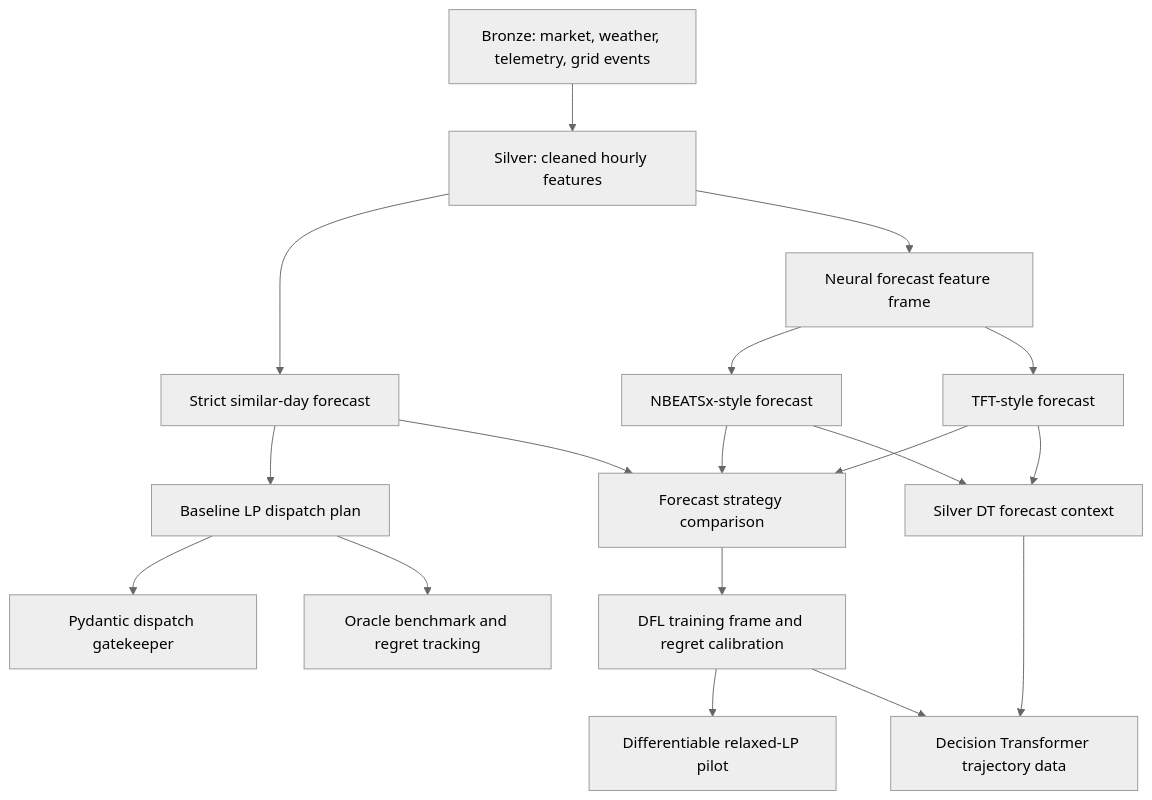
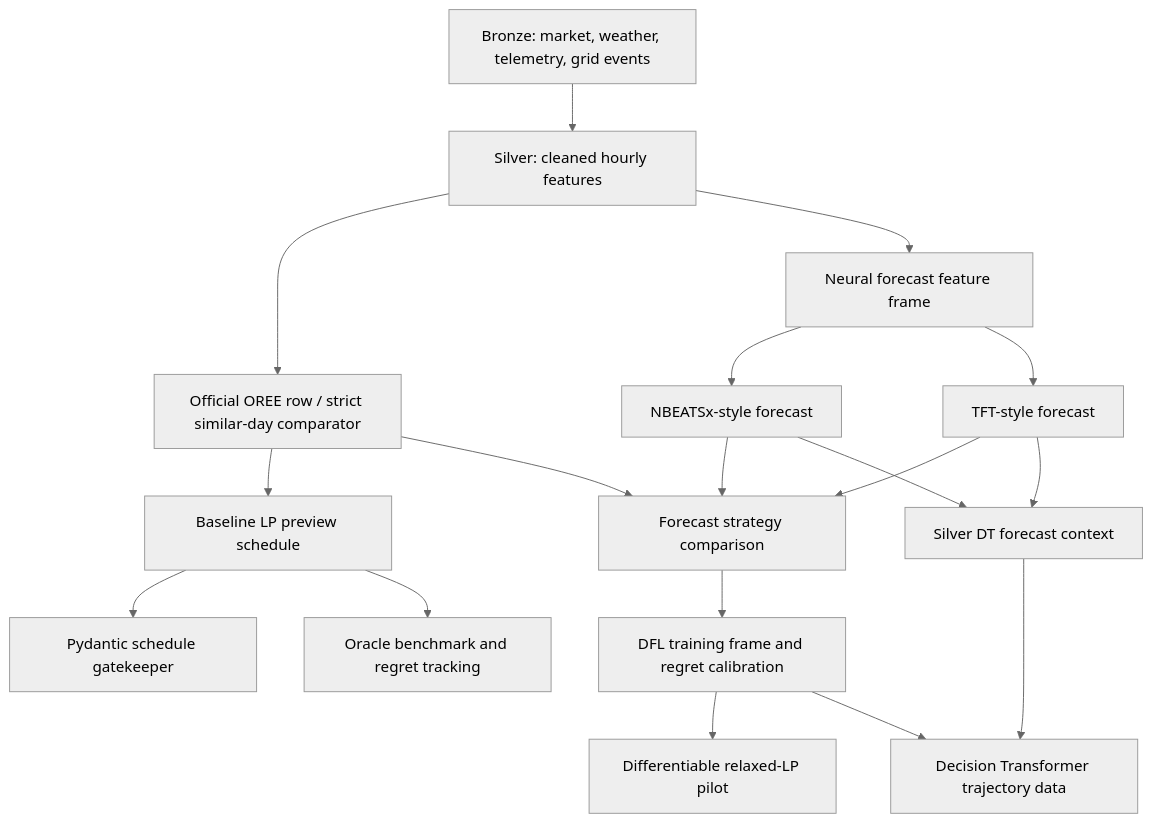
Before and after one commit to ilyafefelov/Diploma: the diagram in docs/technical/BASELINE_LP_AND_DATA_PIPELINE.md, drawn with Mermaid (neutral theme). The commit also changed other lines of this file and 334 other files, not shown here.

````diff
--- a/docs/technical/BASELINE_LP_AND_DATA_PIPELINE.md
+++ b/docs/technical/BASELINE_LP_AND_DATA_PIPELINE.md
@@ -12,22 +15,22 @@
 ```mermaid
 flowchart TD
   A["Bronze: market, weather, telemetry, grid events"] --> B["Silver: cleaned hourly features"]
-  B --> C["Strict similar-day forecast"]
+  B --> C["Official OREE row / strict similar-day comparator"]
   B --> D["Neural forecast feature frame"]
   D --> E["NBEATSx-style forecast"]
   D --> F["TFT-style forecast"]
 
-  C --> G["Baseline LP dispatch plan"]
+  C --> G["Baseline LP preview schedule"]
   E --> H["Forecast strategy comparison"]
   F --> H
   C --> H
 
-  G --> I["Pydantic dispatch gatekeeper"]
+  G --> I["Pydantic schedule gatekeeper"]
   G --> J["Oracle benchmark and regret tracking"]
   H --> K["DFL training frame and regret calibration"]
   K --> L["Differentiable relaxed-LP pilot"]
   E --> M["Silver DT forecast context"]
   F --> M
   M --> N["Decision Transformer trajectory data"]
   K --> N
 ```
````
